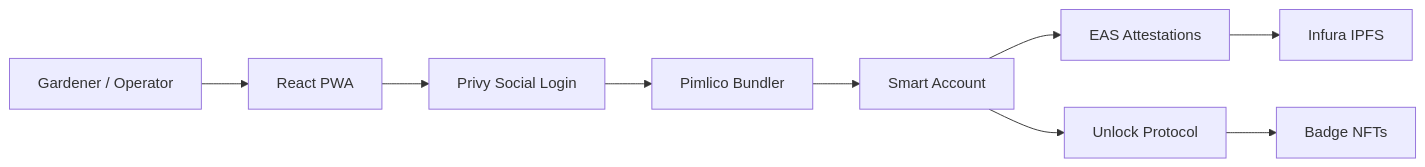
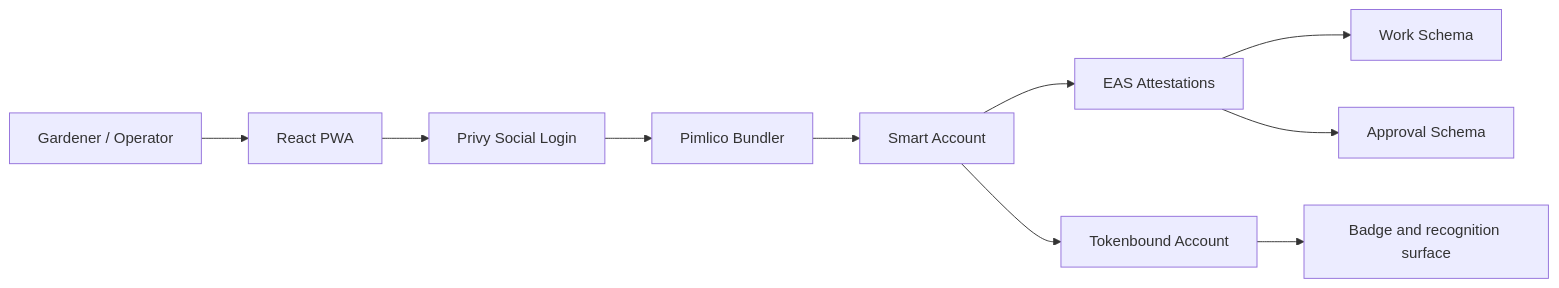
Before and after one commit to greenpill-dev-guild/green-goods: the diagram in docs/docs/builders/specs/v0-1.mdx, drawn with Mermaid. The commit also changed other lines of this file and 18 other files, not shown here.

````diff
--- a/docs/docs/builders/specs/v0-1.mdx
+++ b/docs/docs/builders/specs/v0-1.mdx
@@ -29,11 +33,12 @@
 ```mermaid
 flowchart LR
     User[Gardener / Operator] --> PWA[React PWA]
     PWA --> Privy[Privy Social Login]
     Privy --> Pimlico[Pimlico Bundler]
     Pimlico --> SA[Smart Account]
     SA --> EAS[EAS Attestations]
-    SA --> Unlock[Unlock Protocol]
-    EAS --> IPFS[Infura IPFS]
-    Unlock --> Badges[Badge NFTs]
+    SA --> TBA[Tokenbound Account]
+    EAS --> Work[Work Schema]
+    EAS --> Approval[Approval Schema]
+    TBA --> Badges[Badge and recognition surface]
 ```
````
